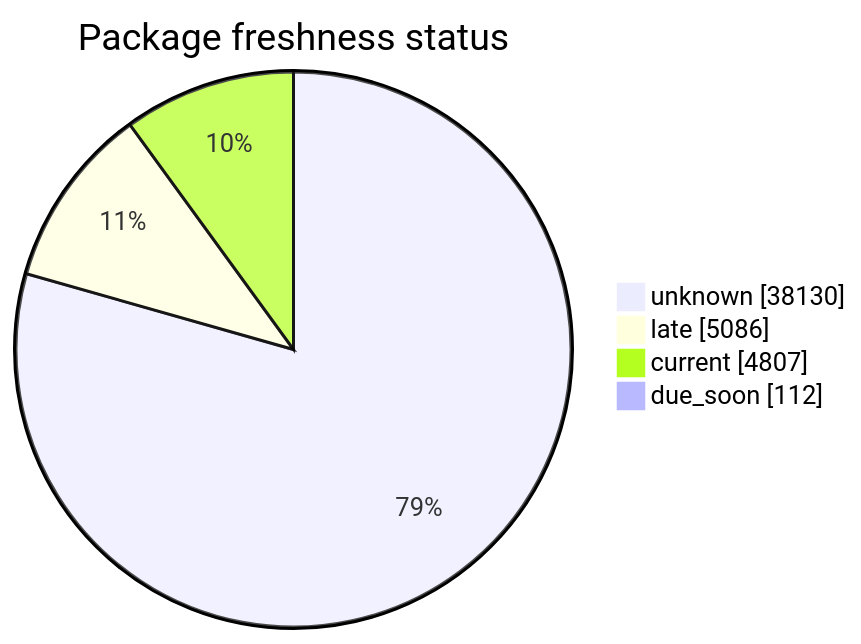
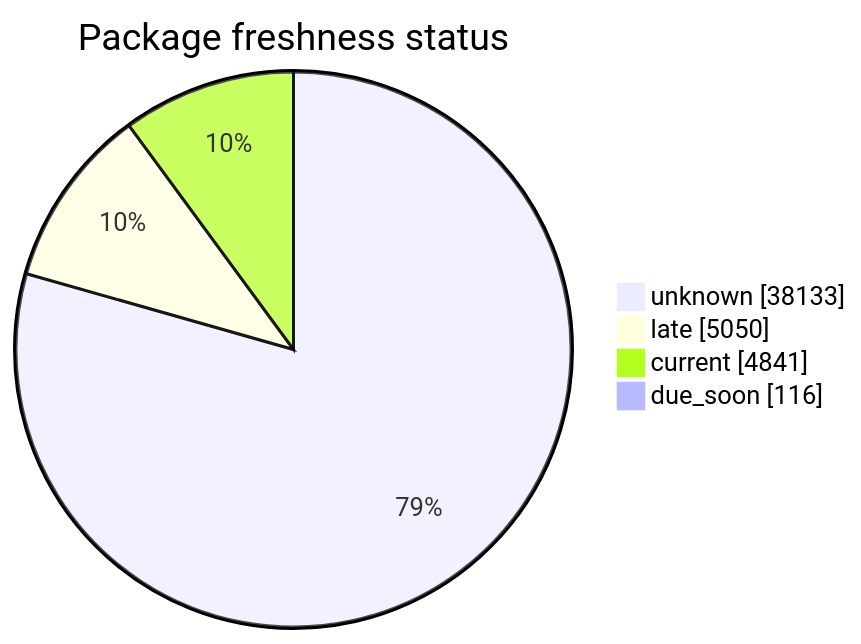
Before and after one commit to open-data/analytics-corporate-reporting: the second of 5 diagrams in FreshCheck/README.md, drawn with Mermaid. The commit also changed other lines of this file and 3 other files, not shown here.

````diff
--- a/FreshCheck/README.md
+++ b/FreshCheck/README.md
@@ -68,7 +68,7 @@
 ```mermaid
 pie showData title Package freshness status
-    "unknown": 38130
-    "late": 5086
-    "current": 4807
-    "due_soon": 112
+    "unknown": 38133
+    "late": 5050
+    "current": 4841
+    "due_soon": 116
 ```
````
